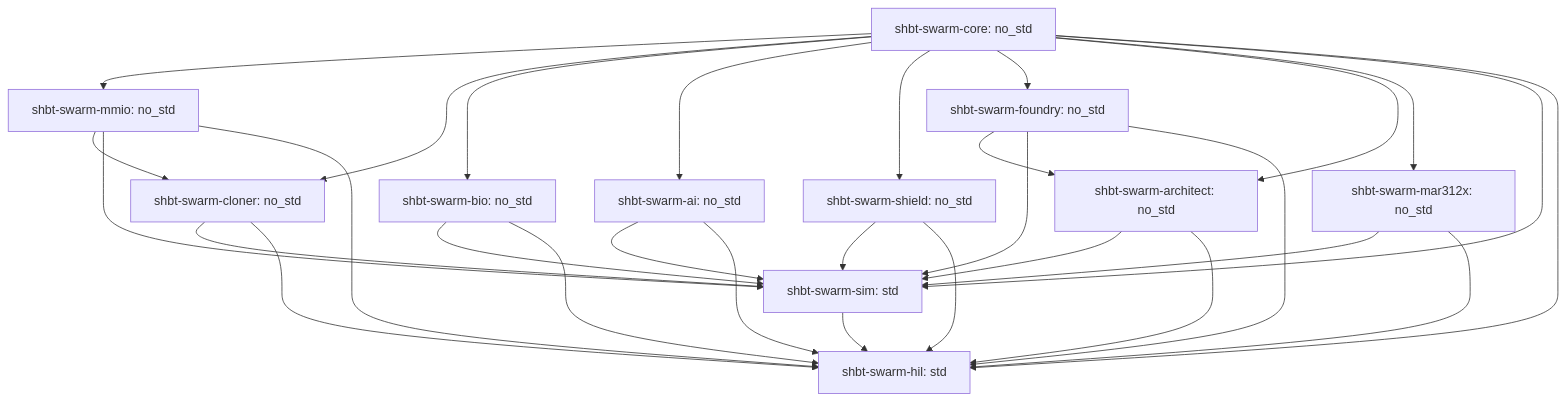
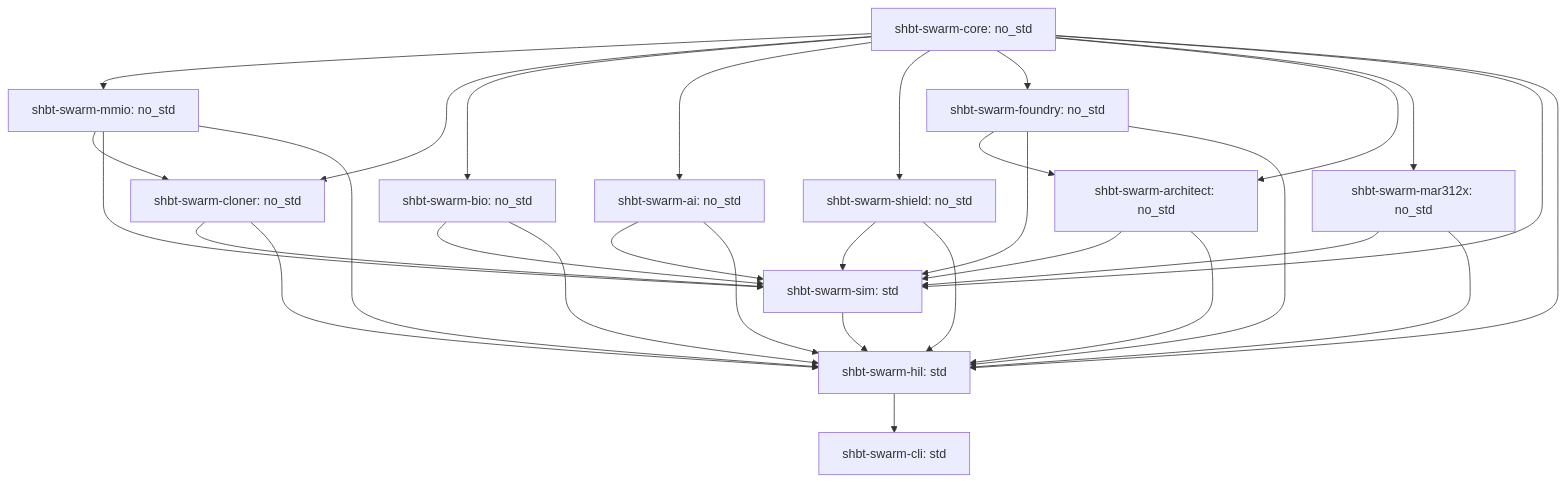
The diagram in README.md (sys1own/shbt-swarm), drawn with Mermaid before and after one commit. The commit also changed other lines of this file and 16 other files, not shown here.

````diff
--- a/README.md
+++ b/README.md
@@ -299,32 +299,33 @@
 ```mermaid
 graph TD
     core[shbt-swarm-core: no_std] --> mmio[shbt-swarm-mmio: no_std]
     core --> cloner[shbt-swarm-cloner: no_std]
     mmio --> cloner
     core --> bio[shbt-swarm-bio: no_std]
     core --> ai[shbt-swarm-ai: no_std]
     core --> shield[shbt-swarm-shield: no_std]
     core --> foundry[shbt-swarm-foundry: no_std]
     core --> architect[shbt-swarm-architect: no_std]
     foundry --> architect
     core --> mar312x[shbt-swarm-mar312x: no_std]
     core --> sim[shbt-swarm-sim: std]
     mmio --> sim
     cloner --> sim
     bio --> sim
     ai --> sim
     shield --> sim
     foundry --> sim
     architect --> sim
     mar312x --> sim
     core --> hil[shbt-swarm-hil: std]
     mmio --> hil
     cloner --> hil
     bio --> hil
     ai --> hil
     shield --> hil
     foundry --> hil
     architect --> hil
     mar312x --> hil
     sim --> hil
+    hil --> cli[shbt-swarm-cli: std]
 ```
````
